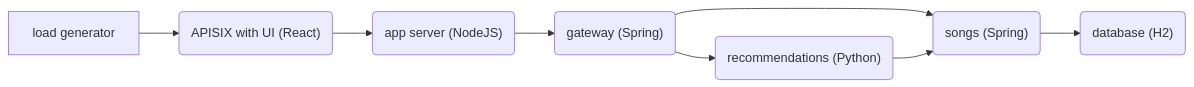
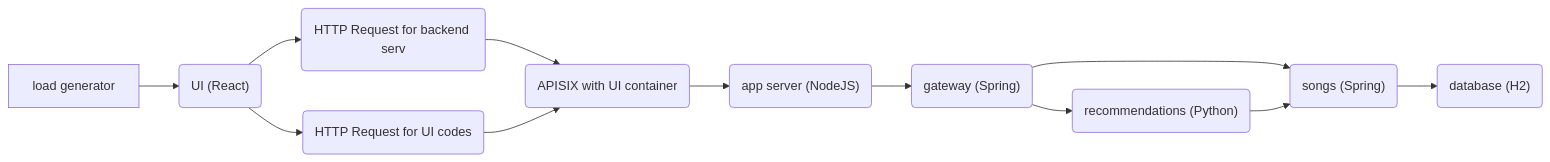
Before and after one commit to apache/skywalking-showcase: the first of 2 diagrams in docs/readme.md, drawn with Mermaid. The commit also changed 5 other files, not shown here.

````diff
--- a/docs/readme.md
+++ b/docs/readme.md
@@ -9,8 +9,10 @@
 ```mermaid
 %% please read this doc in our official website, otherwise the graph is not correctly rendered.
 graph LR;
-  loadgen[load generator] --> frontend("APISIX with UI (React)") --> app("app server (NodeJS)") --> gateway("gateway (Spring)");
+  loadgen[load generator] --> ui("UI (React)") --> Traffic1("HTTP Request for backend serv") -->  apisix("APISIX as UI container")
+ --> app("app server (NodeJS)") --> gateway("gateway (Spring)");
+  ui("UI (React)") --> Traffic2("HTTP Request for UI codes") --> apisix("APISIX with  UI container")
   gateway --> songs("songs (Spring)") & rcmd("recommendations (Python)");
   rcmd --> songs;
   songs --> db("database (H2)");
 ```
````
